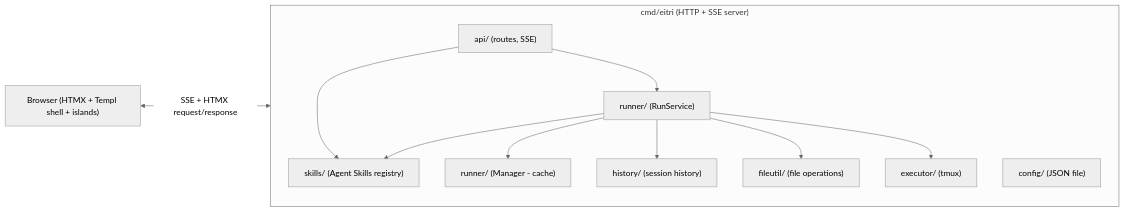
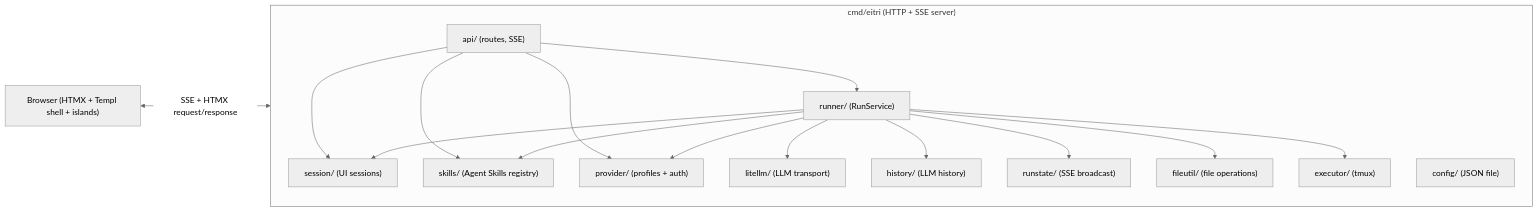
One commit to glemsom/eitri changed the first of 2 diagrams in docs/ARCHITECTURE.md. Above: the diagram before and after it, drawn with Mermaid (neutral theme). The commit also changed other lines of this file, not shown here.

First line of the commit message:
docs: update ARCHITECTURE.md to reflect refactoring

````diff
--- a/docs/ARCHITECTURE.md
+++ b/docs/ARCHITECTURE.md
@@ -10,24 +10,32 @@
 ```mermaid
 flowchart LR
     Browser["Browser (HTMX + Templ shell + islands)"]
 
     subgraph Server["cmd/eitri (HTTP + SSE server)"]
         API["api/ (routes, SSE)"]
         RunSvc["runner/ (RunService)"]
-        Runner["runner/ (Manager - cache)"]
-        History["history/ (session history)"]
+        UISess["session/ (UI sessions)"]
+        LLMHist["history/ (LLM history)"]
+        LLMTrp["litellm/ (LLM transport)"]
+        RunSt["runstate/ (SSE broadcast)"]
         FileUtil["fileutil/ (file operations)"]
         Skills["skills/ (Agent Skills registry)"]
         Executor["executor/ (tmux)"]
         Config["config/ (JSON file)"]
+        Provider["provider/ (profiles + auth)"]
     end
 
     Browser <-->|SSE + HTMX request/response| Server
     API --> RunSvc
+    API --> UISess
     API --> Skills
-    RunSvc --> Runner
-    RunSvc --> History
+    API --> Provider
+    RunSvc --> LLMTrp
+    RunSvc --> LLMHist
+    RunSvc --> RunSt
     RunSvc --> FileUtil
     RunSvc --> Skills
     RunSvc --> Executor
+    RunSvc --> UISess
+    RunSvc --> Provider
 ```
````
